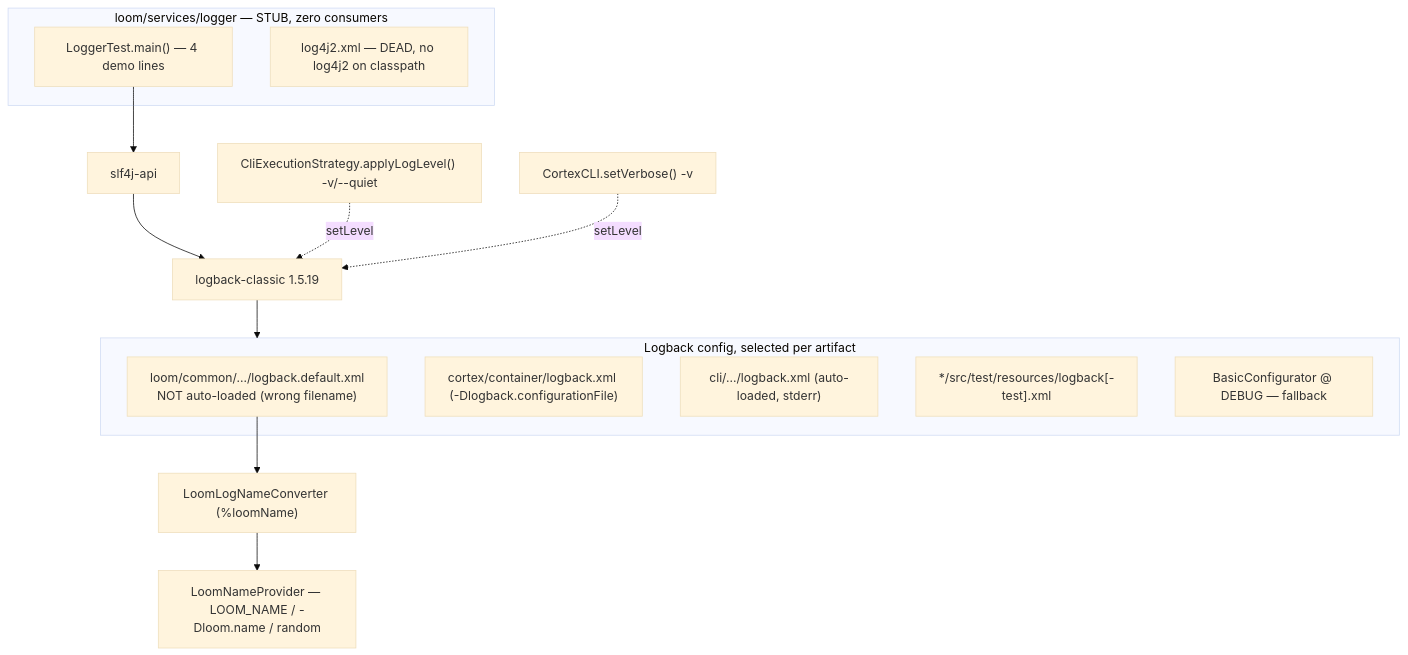
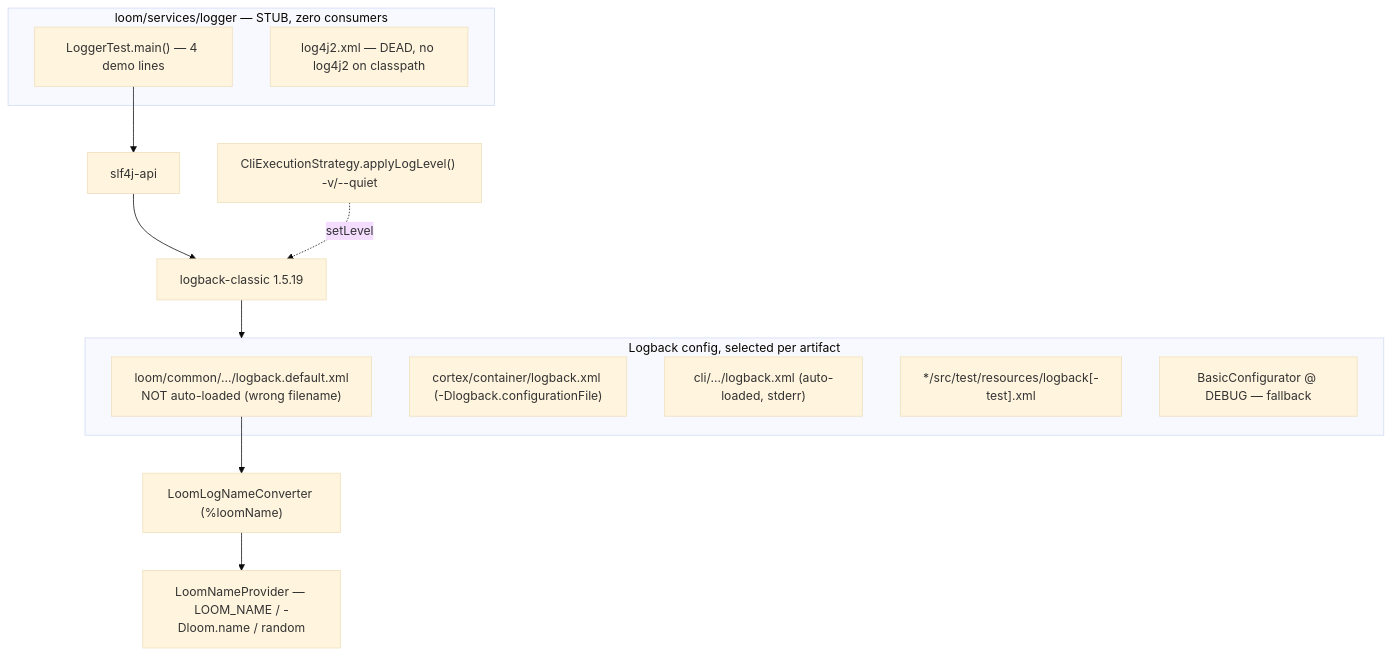
The diagram in spec/features/pipeline-nodes/SERVICE_LOGGER.md (metaloom/metaloom), drawn with Mermaid (base theme) before and after one commit. The commit also changed other lines of this file and 126 other files, not shown here.

````diff
--- a/spec/features/pipeline-nodes/SERVICE_LOGGER.md
+++ b/spec/features/pipeline-nodes/SERVICE_LOGGER.md
@@ -39,25 +39,24 @@
 ```mermaid
 graph TD
     subgraph stub["loom/services/logger — STUB, zero consumers"]
         LT["LoggerTest.main() — 4 demo lines"]
         L4J["log4j2.xml — DEAD, no log4j2 on classpath"]
     end
 
     SLF["slf4j-api"] --> LB["logback-classic 1.5.19"]
     LT --> SLF
 
     subgraph cfg["Logback config, selected per artifact"]
         DEF["loom/common/.../logback.default.xml<br/>NOT auto-loaded (wrong filename)"]
         CTX["cortex/container/logback.xml (-Dlogback.configurationFile)"]
         CLI["cli/.../logback.xml (auto-loaded, stderr)"]
         TST["*/src/test/resources/logback[-test].xml"]
         BASIC["BasicConfigurator @ DEBUG — fallback"]
     end
     LB --> cfg
 
     DEF --> CONV["LoomLogNameConverter (%loomName)"]
     CONV --> PROV["LoomNameProvider — LOOM_NAME / -Dloom.name / random"]
 
     C1["CliExecutionStrategy.applyLogLevel() -v/--quiet"] -.->|setLevel| LB
-    C2["CortexCLI.setVerbose() -v"] -.->|setLevel| LB
 ```
````
